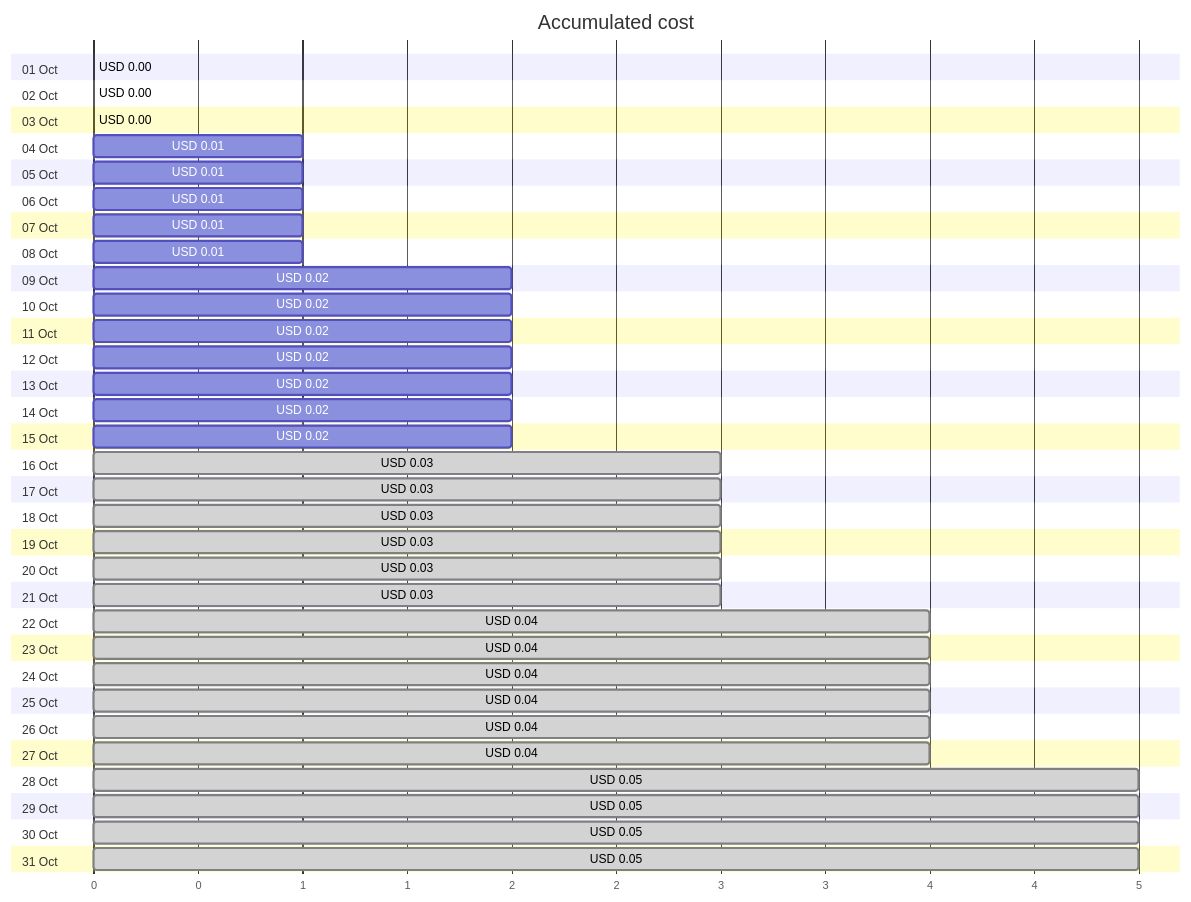
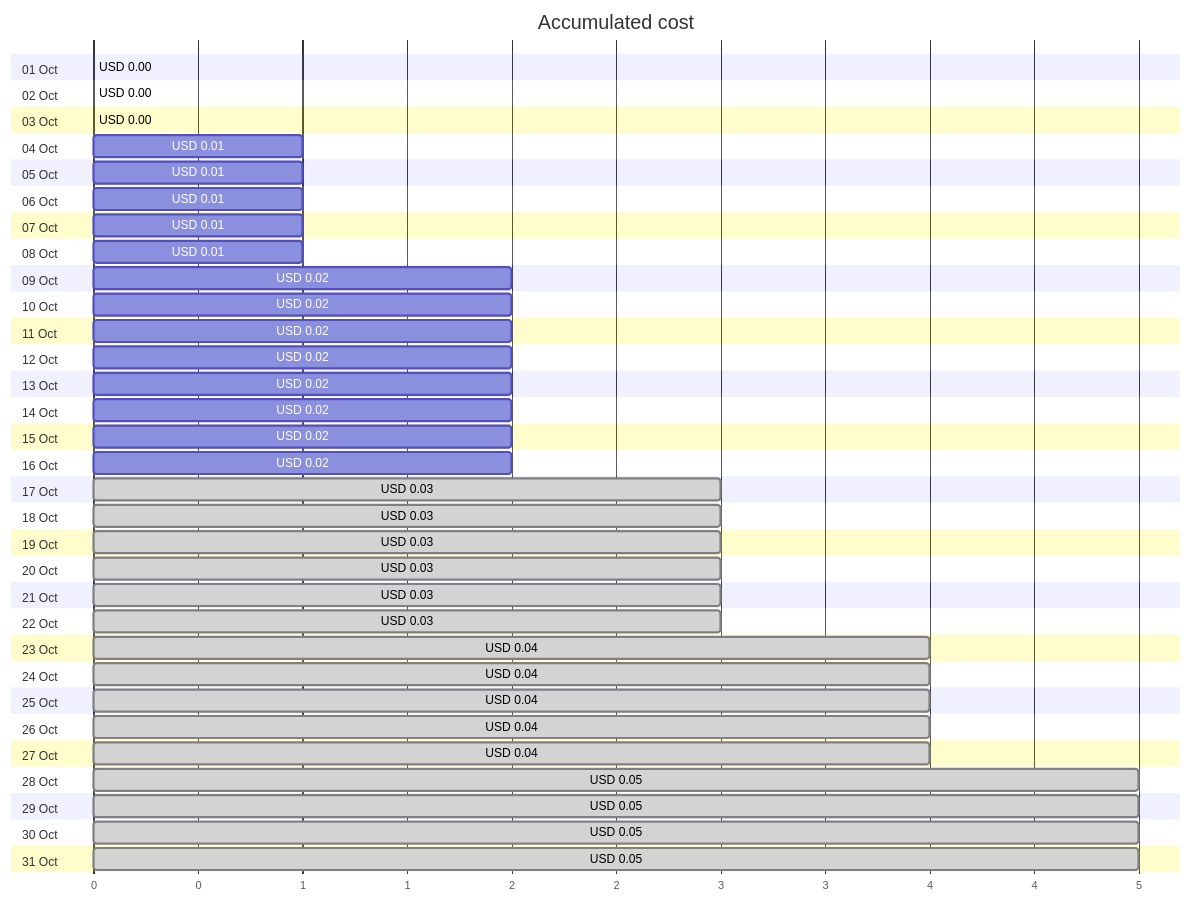
The first of 4 diagrams in cost-reports/personal-site/personalsiteapistorage.md (jpfulton/azure-personal-reports), drawn with Mermaid before and after one commit. The commit also changed other lines of this file and 7 other files, not shown here.

````diff
--- a/cost-reports/personal-site/personalsiteapistorage.md
+++ b/cost-reports/personal-site/personalsiteapistorage.md
@@ -20,68 +20,68 @@
 ```mermaid
 gantt
    title Accumulated cost
    dateFormat  X
    axisFormat %s
    section 01 Oct
    USD 0.00 :0, 0
    section 02 Oct
    USD 0.00 :0, 0
    section 03 Oct
    USD 0.00 :0, 0
    section 04 Oct
    USD 0.01 :0, 1
    section 05 Oct
    USD 0.01 :0, 1
    section 06 Oct
    USD 0.01 :0, 1
    section 07 Oct
    USD 0.01 :0, 1
    section 08 Oct
    USD 0.01 :0, 1
    section 09 Oct
    USD 0.02 :0, 2
    section 10 Oct
    USD 0.02 :0, 2
    section 11 Oct
    USD 0.02 :0, 2
    section 12 Oct
    USD 0.02 :0, 2
    section 13 Oct
    USD 0.02 :0, 2
    section 14 Oct
    USD 0.02 :0, 2
    section 15 Oct
    USD 0.02 :0, 2
    section 16 Oct
-   USD 0.03 : done, 0, 3
+   USD 0.02 :0, 2
    section 17 Oct
    USD 0.03 : done, 0, 3
    section 18 Oct
    USD 0.03 : done, 0, 3
    section 19 Oct
    USD 0.03 : done, 0, 3
    section 20 Oct
    USD 0.03 : done, 0, 3
    section 21 Oct
    USD 0.03 : done, 0, 3
    section 22 Oct
-   USD 0.04 : done, 0, 4
+   USD 0.03 : done, 0, 3
    section 23 Oct
    USD 0.04 : done, 0, 4
    section 24 Oct
    USD 0.04 : done, 0, 4
    section 25 Oct
    USD 0.04 : done, 0, 4
    section 26 Oct
    USD 0.04 : done, 0, 4
    section 27 Oct
    USD 0.04 : done, 0, 4
    section 28 Oct
    USD 0.05 : done, 0, 5
    section 29 Oct
    USD 0.05 : done, 0, 5
    section 30 Oct
    USD 0.05 : done, 0, 5
    section 31 Oct
    USD 0.05 : done, 0, 5
 ```
````
